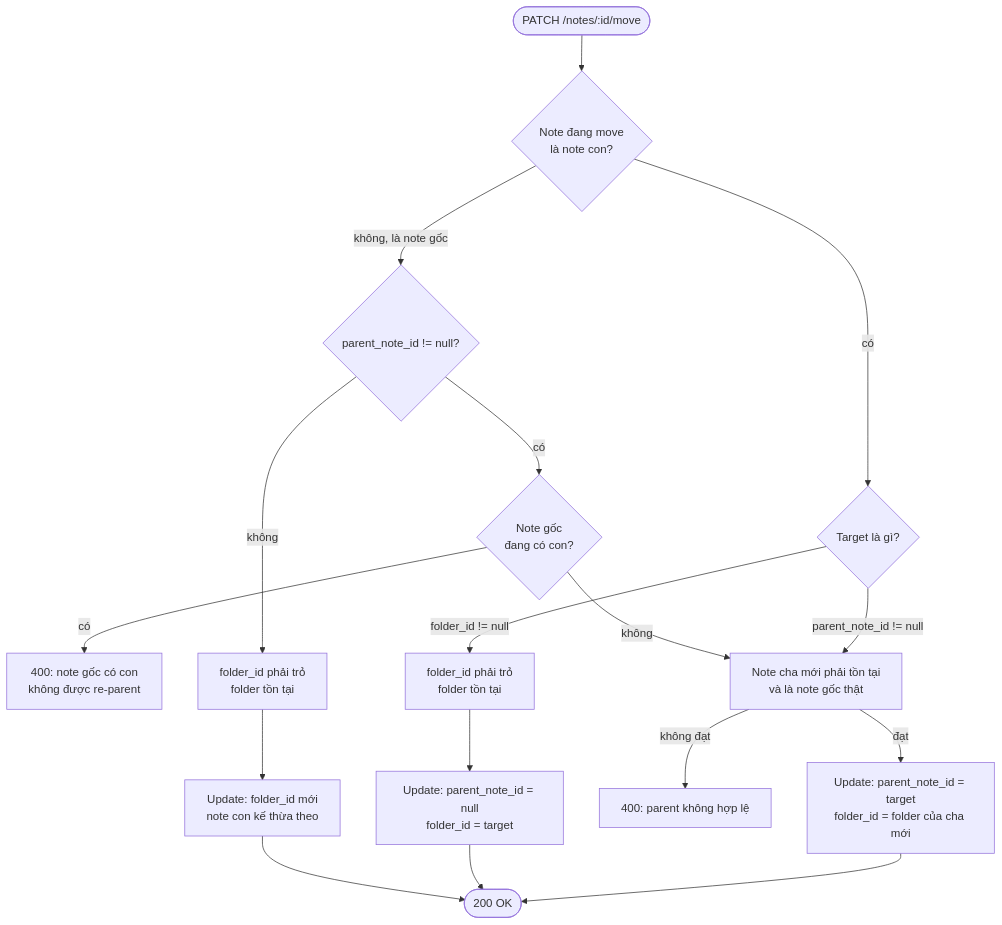
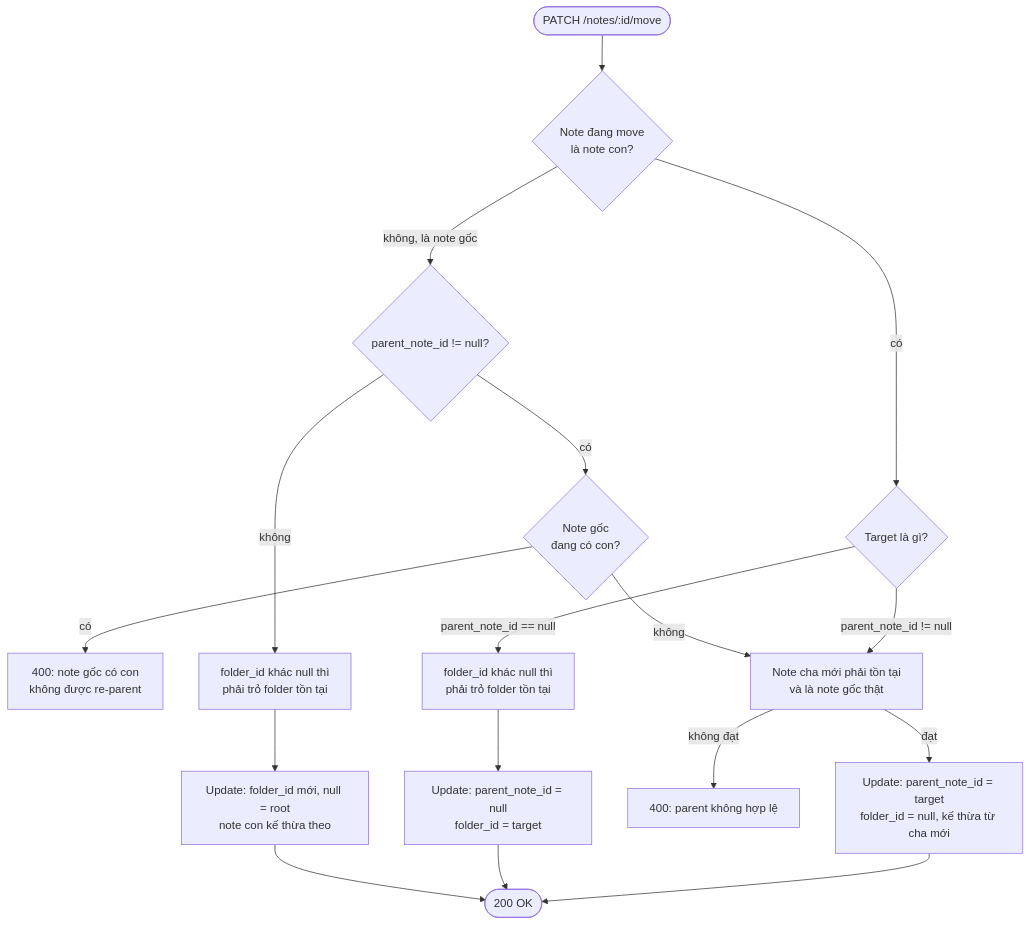
Before and after one commit to ngtrthvu3007/nodus: the diagram in docs/frd/FRD-move-note.md, drawn with Mermaid. The commit also changed other lines of this file and 29 other files, not shown here.

````diff
--- a/docs/frd/FRD-move-note.md
+++ b/docs/frd/FRD-move-note.md
@@ -15,20 +21,20 @@
 ```mermaid
 flowchart TD
     Start([PATCH /notes/:id/move]) --> IsChild{Note đang move<br/>là note con?}
 
     IsChild -- không, là note gốc --> ParentSent{parent_note_id != null?}
     ParentSent -- có --> HasChildren{Note gốc<br/>đang có con?}
     HasChildren -- có --> ErrRootNoReparent[400: note gốc có con<br/>không được re-parent]
     HasChildren -- không --> CheckParent
-    ParentSent -- không --> CheckFolderA[folder_id phải trỏ<br/>folder tồn tại]
-    CheckFolderA --> UpdateA[Update: folder_id mới<br/>note con kế thừa theo]
+    ParentSent -- không --> CheckFolderA[folder_id khác null thì<br/>phải trỏ folder tồn tại]
+    CheckFolderA --> UpdateA[Update: folder_id mới, null = root<br/>note con kế thừa theo]
 
     IsChild -- có --> Target{Target là gì?}
-    Target -- folder_id != null --> CheckFolderB[folder_id phải trỏ<br/>folder tồn tại]
+    Target -- parent_note_id == null --> CheckFolderB[folder_id khác null thì<br/>phải trỏ folder tồn tại]
     CheckFolderB --> UpdateB[Update: parent_note_id = null<br/>folder_id = target]
     Target -- parent_note_id != null --> CheckParent[Note cha mới phải tồn tại<br/>và là note gốc thật]
     CheckParent -- không đạt --> ErrParent[400: parent không hợp lệ]
-    CheckParent -- đạt --> UpdateC[Update: parent_note_id = target<br/>folder_id = folder của cha mới]
+    CheckParent -- đạt --> UpdateC[Update: parent_note_id = target<br/>folder_id = null, kế thừa từ cha mới]
 
     UpdateA & UpdateB & UpdateC --> Done([200 OK])
 ```
````
